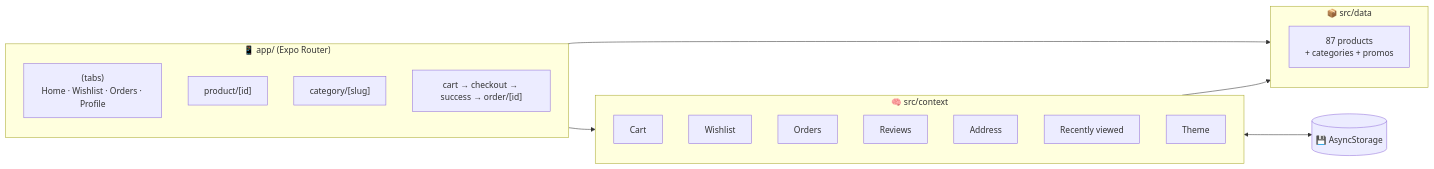
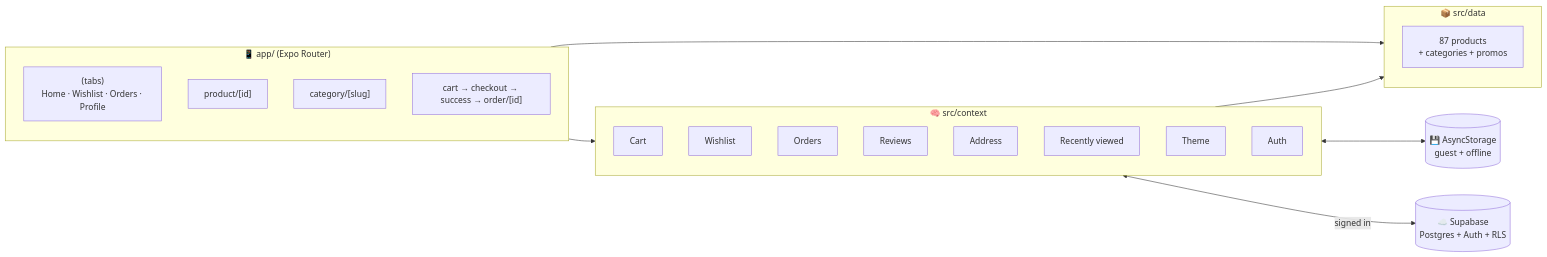
The diagram in README.md (BrightEluno/Luxeshop), drawn with Mermaid before and after one commit. The commit also changed other lines of this file and 6 other files, not shown here.

Commit message:
Update README for accounts and cloud sync, add auth screenshots

````diff
--- a/README.md
+++ b/README.md
@@ -139,28 +164,30 @@
 ```mermaid
 flowchart LR
     subgraph Screens["📱 app/ (Expo Router)"]
         Tabs["(tabs)<br/>Home · Wishlist · Orders · Profile"]
         Product["product/[id]"]
         Category["category/[slug]"]
         Flow["cart → checkout → success → order/[id]"]
     end
 
     subgraph State["🧠 src/context"]
         Cart[Cart]
         Wishlist[Wishlist]
         Orders[Orders]
         Reviews[Reviews]
         Address[Address]
         Recent[Recently viewed]
         Theme[Theme]
+        Auth[Auth]
     end
 
     subgraph Data["📦 src/data"]
         Catalog["87 products<br/>+ categories + promos"]
     end
 
     Screens --> State
     Screens --> Data
     State --> Data
-    State <--> Disk[("💾 AsyncStorage")]
+    State <--> Disk[("💾 AsyncStorage<br/>guest + offline")]
+    State <-->|signed in| Cloud[("☁️ Supabase<br/>Postgres + Auth + RLS")]
 ```
````
